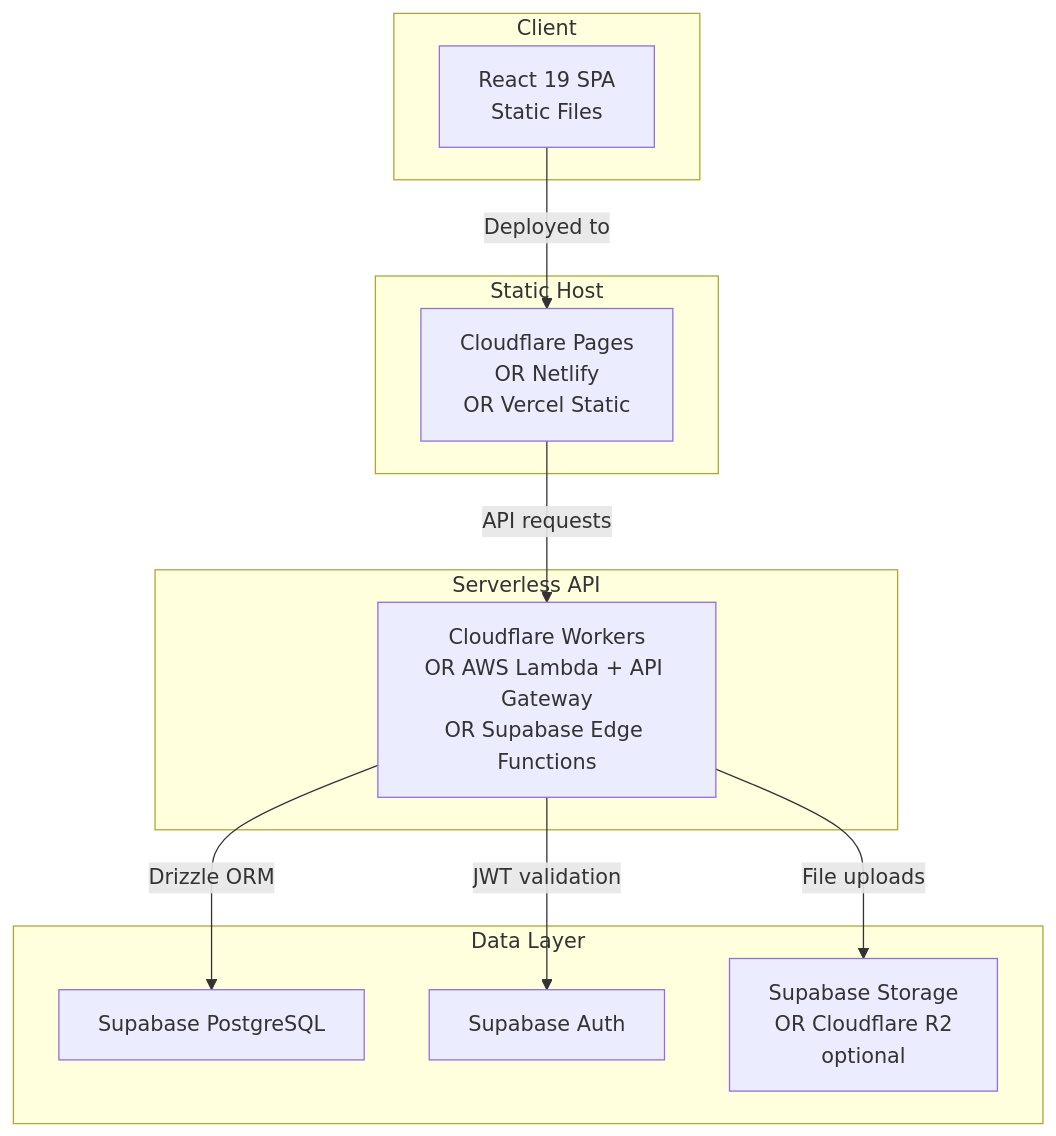
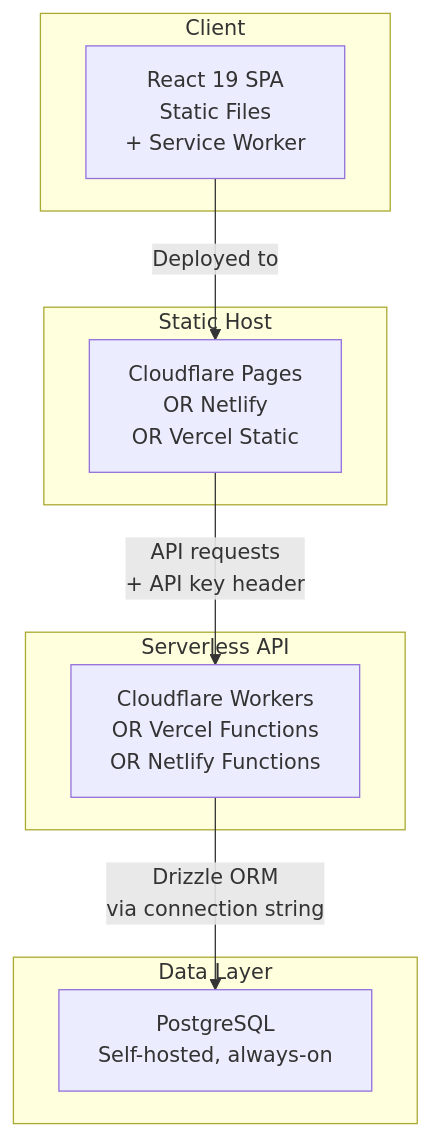
One commit to vivekmaru/brewlog changed the fifth of 5 diagrams in ARCHITECTURE.md. Above: the diagram before and after it, drawn with Mermaid. The commit also changed other lines of this file, not shown here.

First line of the commit message:
docs: update architecture based on review feedback

````diff
--- a/ARCHITECTURE.md
+++ b/ARCHITECTURE.md
@@ -464,26 +566,22 @@
 ```mermaid
 flowchart TB
     subgraph Client
-        A[React 19 SPA<br/>Static Files]
+        A[React 19 SPA<br/>Static Files<br/>+ Service Worker]
     end
 
     subgraph Static Host
         B[Cloudflare Pages<br/>OR Netlify<br/>OR Vercel Static]
     end
 
     subgraph Serverless API
-        C[Cloudflare Workers<br/>OR AWS Lambda + API Gateway<br/>OR Supabase Edge Functions]
+        C[Cloudflare Workers<br/>OR Vercel Functions<br/>OR Netlify Functions]
     end
 
     subgraph Data Layer
-        D[Supabase PostgreSQL]
-        E[Supabase Auth]
-        F[Supabase Storage<br/>OR Cloudflare R2<br/>optional]
+        D[PostgreSQL<br/>Self-hosted, always-on]
     end
 
     A -->|Deployed to| B
-    B -->|API requests| C
-    C -->|Drizzle ORM| D
-    C -->|JWT validation| E
-    C -->|File uploads| F
+    B -->|API requests<br/>+ API key header| C
+    C -->|Drizzle ORM<br/>via connection string| D
 ```
````
